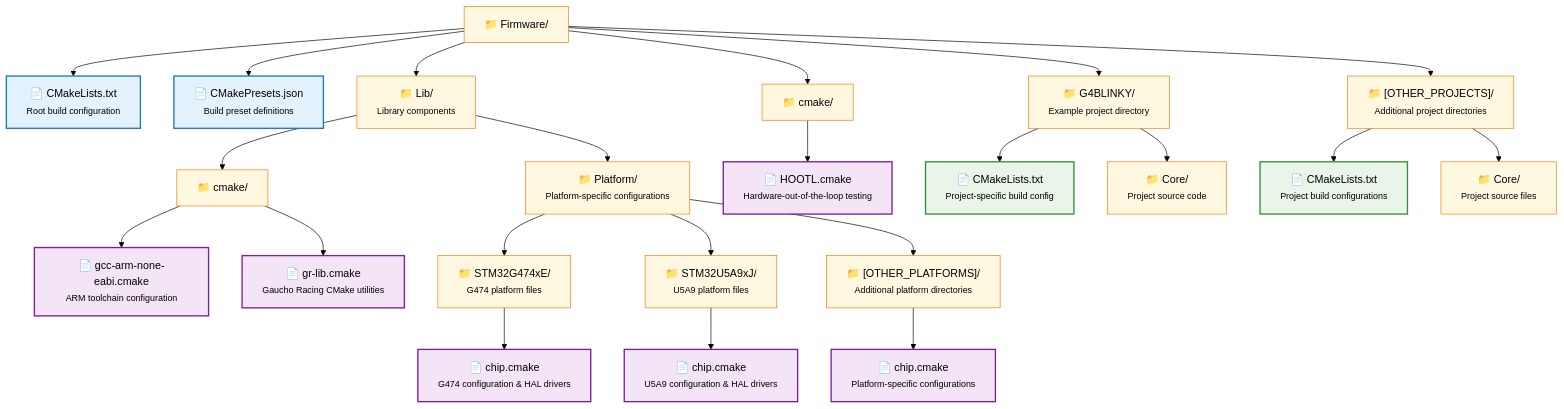
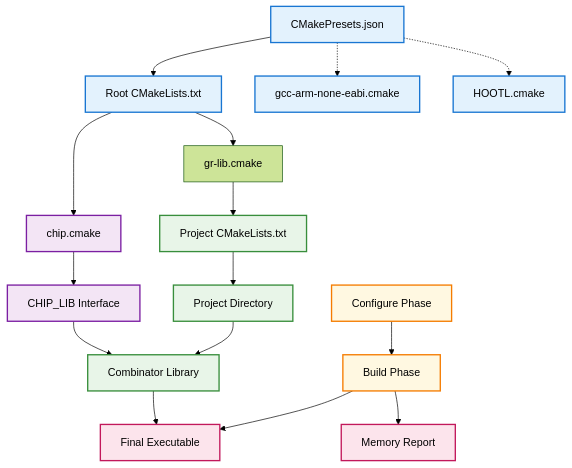
The diagram in CMAKE.md (Gaucho-Racing/Firmware), drawn with Mermaid (forest theme) before and after one commit. The commit also changed other lines of this file, not shown here.

Commit message:
Fifth iteration of CMAKE.md

````diff
--- a/CMAKE.md
+++ b/CMAKE.md
@@ -28,48 +55,41 @@
 ```mermaid
 flowchart TD
-    Firmware["📁 Firmware/"]
+    %% Configuration Layer
+    Presets[CMakePresets.json] --> Root[Root CMakeLists.txt]
+    Presets -.-> Toolchain1[gcc-arm-none-eabi.cmake]
+    Presets -.-> Toolchain2[HOOTL.cmake]
     
-    %% Root Files
-    Firmware --> CMakeLists["📄 CMakeLists.txt<br/><small>Root build configuration</small>"]
-    Firmware --> CMakePresets["📄 CMakePresets.json<br/><small>Build preset definitions</small>"]
+    %% Core Flow
+    Root --> GRLib[gr-lib.cmake]
+    Root --> ChipConfig[chip.cmake]
     
-    %% Lib Directory
-    Firmware --> Lib["📁 Lib/<br/><small>Library components</small>"]
-    Lib --> LibCmake["📁 cmake/"]
-    LibCmake --> GccArm["📄 gcc-arm-none-eabi.cmake<br/><small>ARM toolchain configuration</small>"]
-    LibCmake --> GrLib["📄 gr-lib.cmake<br/><small>Gaucho Racing CMake utilities</small>"]
+    %% Platform & Project
+    GRLib --> ProjectCMake[Project CMakeLists.txt]
+    ChipConfig --> PlatformLib[CHIP_LIB Interface]
     
-    Lib --> Platform["📁 Platform/<br/><small>Platform-specific configurations</small>"]
-    Platform --> STM32G474["📁 STM32G474xE/<br/><small>G474 platform files</small>"]
-    STM32G474 --> ChipG4["📄 chip.cmake<br/><small>G474 configuration & HAL drivers</small>"]
+    %% Linking
+    ProjectCMake --> UserCode[Project Directory]
+    PlatformLib --> Combinator[Combinator Library]
+    UserCode --> Combinator
     
-    Platform --> STM32U5A9["📁 STM32U5A9xJ/<br/><small>U5A9 platform files</small>"]
-    STM32U5A9 --> ChipU5["📄 chip.cmake<br/><small>U5A9 configuration & HAL drivers</small>"]
+    %% Output
+    Combinator --> Executable[Final Executable]
     
-    Platform --> OtherPlatforms["📁 [OTHER_PLATFORMS]/<br/><small>Additional platform directories</small>"]
-    OtherPlatforms --> OtherChip["📄 chip.cmake<br/><small>Platform-specific configurations</small>"]
-    
-    %% Cmake Directory
-    Firmware --> CmakeDir["📁 cmake/"]
-    CmakeDir --> HOOTL["📄 HOOTL.cmake<br/><small>Hardware-out-of-the-loop testing</small>"]
-    
-    %% Project Directories
-    Firmware --> G4BLINKY["📁 G4BLINKY/<br/><small>Example project directory</small>"]
-    G4BLINKY --> G4CMake["📄 CMakeLists.txt<br/><small>Project-specific build config</small>"]
-    G4BLINKY --> G4Core["📁 Core/<br/><small>Project source code</small>"]
-    
-    Firmware --> OtherProjects["📁 [OTHER_PROJECTS]/<br/><small>Additional project directories</small>"]
-    OtherProjects --> OtherCMake["📄 CMakeLists.txt<br/><small>Project build configurations</small>"]
-    OtherProjects --> OtherCore["📁 Core/<br/><small>Project source files</small>"]
+    %% Build Process
+    Configure[Configure Phase] --> Build[Build Phase]
+    Build --> Memory[Memory Report]
+    Build --> Executable
     
     %% Styling
-    classDef rootFile fill:#e3f2fd,stroke:#1976d2,stroke-width:2px,color:#000000
-    classDef libFile fill:#f3e5f5,stroke:#7b1fa2,stroke-width:2px,color:#000000
-    classDef projectFile fill:#e8f5e8,stroke:#388e3c,stroke-width:2px,color:#000000
-    classDef folder fill:#fff8e1,stroke:#f57c00,stroke-width:1px,color:#000000
+    classDef config fill:#e3f2fd,stroke:#1976d2,stroke-width:2px
+    classDef platform fill:#f3e5f5,stroke:#7b1fa2,stroke-width:2px
+    classDef project fill:#e8f5e8,stroke:#388e3c,stroke-width:2px
+    classDef build fill:#fff8e1,stroke:#f57c00,stroke-width:2px
+    classDef output fill:#fce4ec,stroke:#c2185b,stroke-width:2px
     
-    class CMakeLists,CMakePresets rootFile
-    class GccArm,GrLib,ChipG4,ChipU5,OtherChip,HOOTL libFile
-    class G4CMake,OtherCMake projectFile
-    class Firmware,Lib,LibCmake,Platform,STM32G474,STM32U5A9,OtherPlatforms,CmakeDir,G4BLINKY,G4Core,OtherProjects,OtherCore folder
+    class Presets,Root,Toolchain1,Toolchain2 config
+    class ChipConfig,PlatformLib platform
+    class ProjectCMake,UserCode,Combinator project
+    class Configure,Build build
+    class Executable,Memory output
 ```
````
